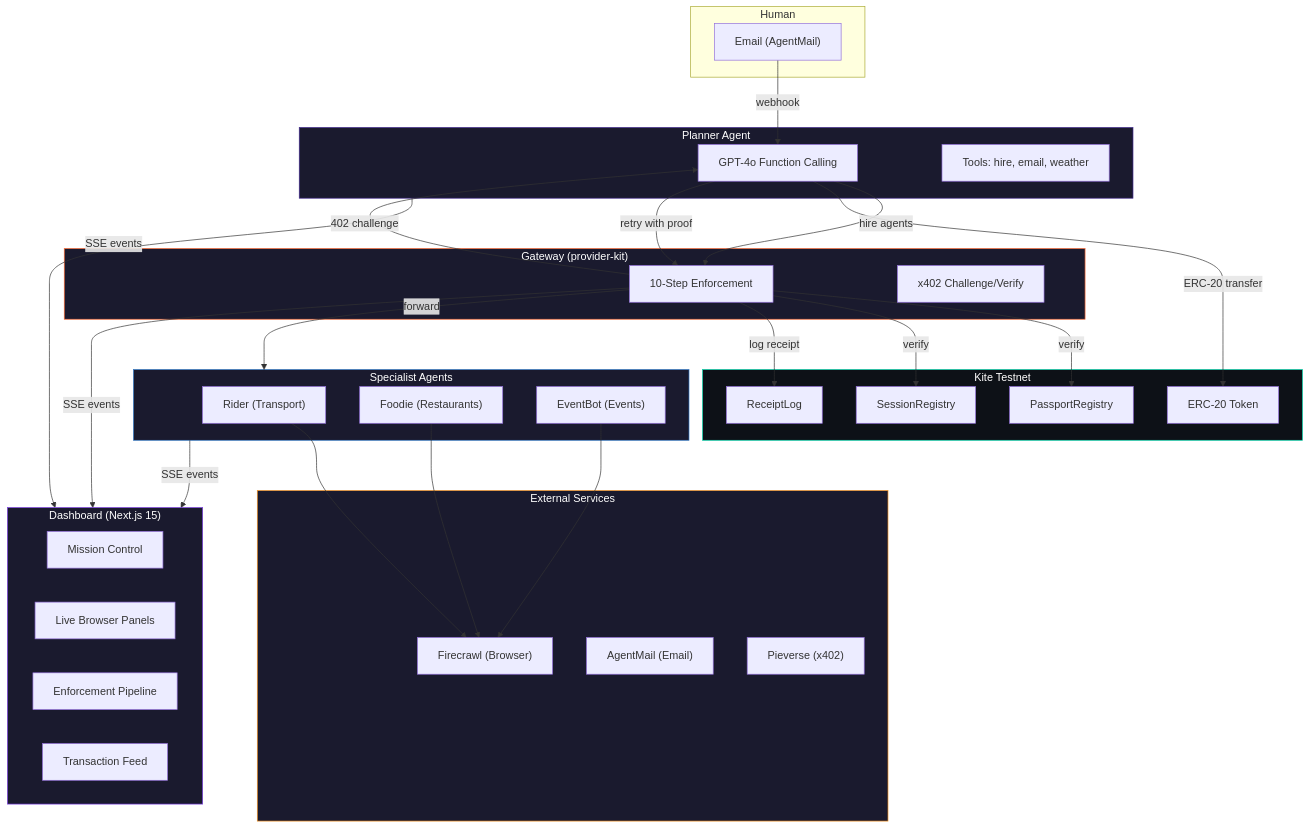
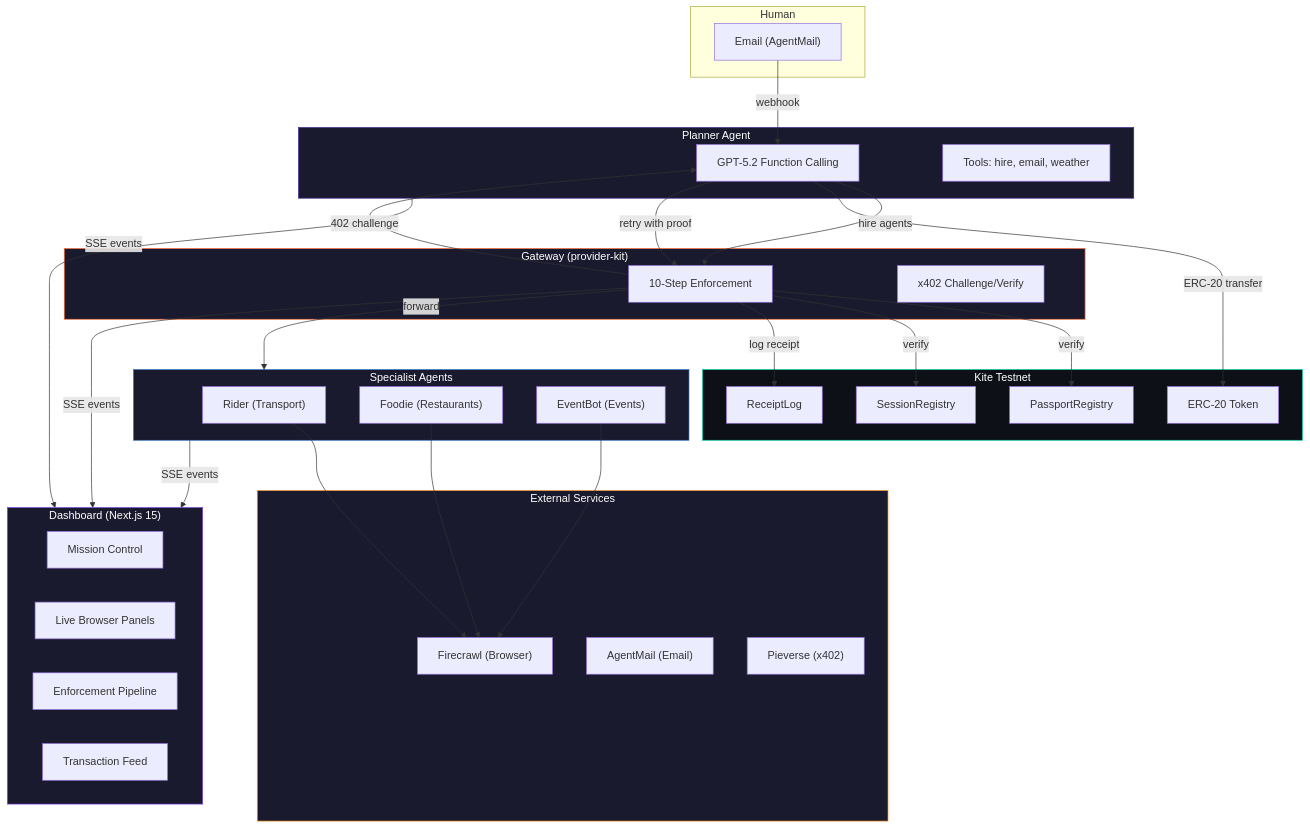
The diagram in README.md (anishnarang9/ETHDenver26), drawn with Mermaid before and after one commit. The commit also changed other lines of this file and 9 other files, not shown here.

````diff
--- a/README.md
+++ b/README.md
@@ -86,65 +86,65 @@
 ```mermaid
 flowchart TB
     subgraph Human
         EMAIL["Email (AgentMail)"]
     end
 
     subgraph Dashboard["Dashboard (Next.js 15)"]
         UI["Mission Control"]
         BROWSER["Live Browser Panels"]
         TIMELINE["Enforcement Pipeline"]
         TX["Transaction Feed"]
     end
 
     subgraph Planner["Planner Agent"]
-        LLM["GPT-4o Function Calling"]
+        LLM["GPT-5.2 Function Calling"]
         TOOLS["Tools: hire, email, weather"]
     end
 
     subgraph Specialists["Specialist Agents"]
         RIDER["Rider (Transport)"]
         FOODIE["Foodie (Restaurants)"]
         EVENTBOT["EventBot (Events)"]
     end
 
     subgraph Enforcement["Gateway (provider-kit)"]
         ENFORCE["10-Step Enforcement"]
         X402["x402 Challenge/Verify"]
     end
 
     subgraph Blockchain["Kite Testnet"]
         PASSPORT["PassportRegistry"]
         SESSION["SessionRegistry"]
         RECEIPT["ReceiptLog"]
         ERC20["ERC-20 Token"]
     end
 
     subgraph External["External Services"]
         FIRECRAWL["Firecrawl (Browser)"]
         AGENTMAIL["AgentMail (Email)"]
         PIEVERSE["Pieverse (x402)"]
     end
 
     EMAIL --> |webhook| LLM
     LLM --> |hire agents| ENFORCE
     ENFORCE --> |verify| PASSPORT
     ENFORCE --> |verify| SESSION
     ENFORCE --> |402 challenge| LLM
     LLM --> |ERC-20 transfer| ERC20
     LLM --> |retry with proof| ENFORCE
     ENFORCE --> |log receipt| RECEIPT
     ENFORCE --> |forward| Specialists
     RIDER --> FIRECRAWL
     FOODIE --> FIRECRAWL
     EVENTBOT --> FIRECRAWL
     Specialists --> |SSE events| Dashboard
     Planner --> |SSE events| Dashboard
     ENFORCE --> |SSE events| Dashboard
 
     style Dashboard fill:#1a1a2e,stroke:#7B3FE4,color:#fff
     style Blockchain fill:#0d1117,stroke:#00D4AA,color:#fff
     style Enforcement fill:#1a1a2e,stroke:#FF6B35,color:#fff
     style Planner fill:#1a1a2e,stroke:#412991,color:#fff
     style Specialists fill:#1a1a2e,stroke:#3178C6,color:#fff
     style External fill:#1a1a2e,stroke:#F69220,color:#fff
 ```
````
